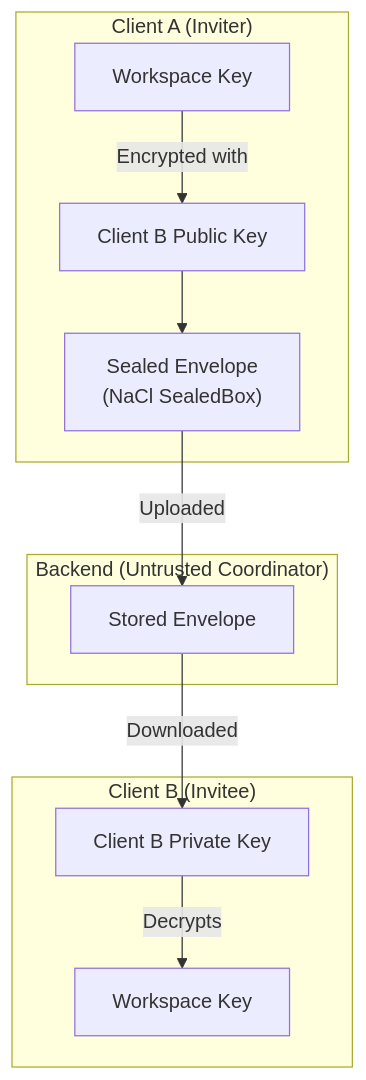
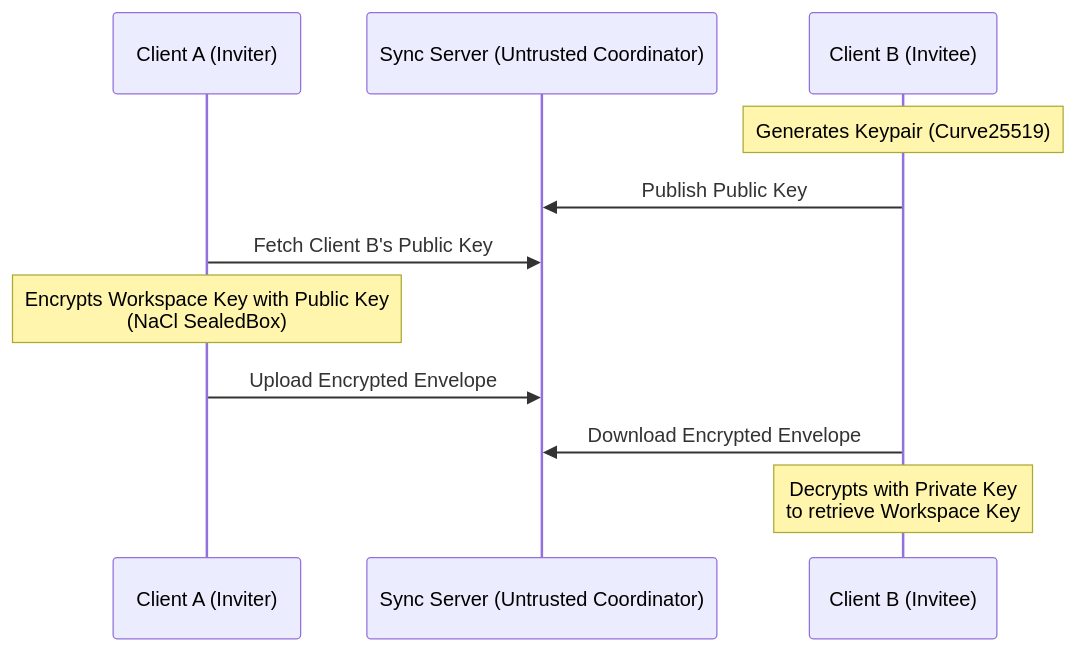
Before and after one commit to The-17/agentsecrets-website: the first of 2 diagrams in src/content/docs/how-it-works.md, drawn with Mermaid. The commit also changed other lines of this file and 26 other files, not shown here.

````diff
--- a/src/content/docs/how-it-works.md
+++ b/src/content/docs/how-it-works.md
@@ -39,23 +39,14 @@
 ```mermaid
-flowchart TB
-    subgraph ClientA["Client A (Inviter)"]
-        WK["Workspace Key"]
-        IK_Pub["Client B Public Key"]
-        Envelope["Sealed Envelope\n(NaCl SealedBox)"]
-        WK -->|Encrypted with| IK_Pub
-        IK_Pub --> Envelope
-    end
-    
-    subgraph Backend["Backend (Untrusted Coordinator)"]
-        ServerEnvelope["Stored Envelope"]
-    end
-    
-    subgraph ClientB["Client B (Invitee)"]
-        IK_Priv["Client B Private Key"]
-        DecryptedWK["Workspace Key"]
-    end
-    
-    Envelope -->|Uploaded| ServerEnvelope
-    ServerEnvelope -->|Downloaded| IK_Priv
-    IK_Priv -->|Decrypts| DecryptedWK
+sequenceDiagram
+    participant A as Client A (Inviter)
+    participant S as Sync Server (Untrusted Coordinator)
+    participant B as Client B (Invitee)
+
+    Note over B: Generates Keypair (Curve25519)
+    B->>S: Publish Public Key
+    A->>S: Fetch Client B's Public Key
+    Note over A: Encrypts Workspace Key with Public Key<br/>(NaCl SealedBox)
+    A->>S: Upload Encrypted Envelope
+    B->>S: Download Encrypted Envelope
+    Note over B: Decrypts with Private Key<br/>to retrieve Workspace Key
 ```
````
